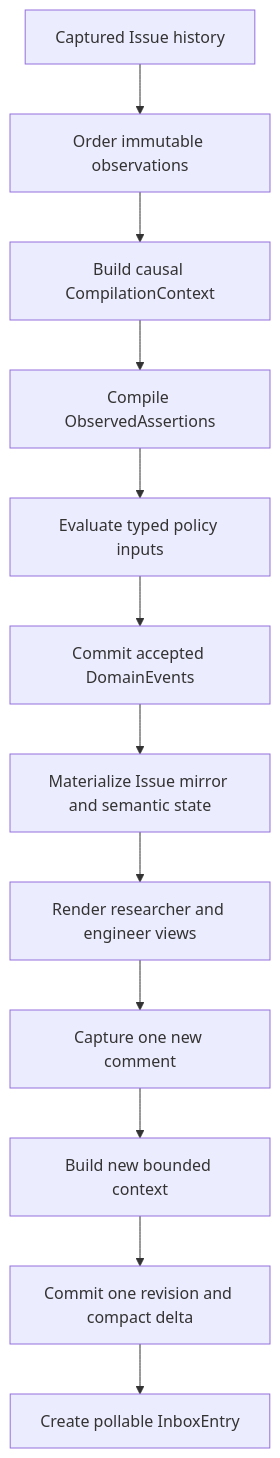
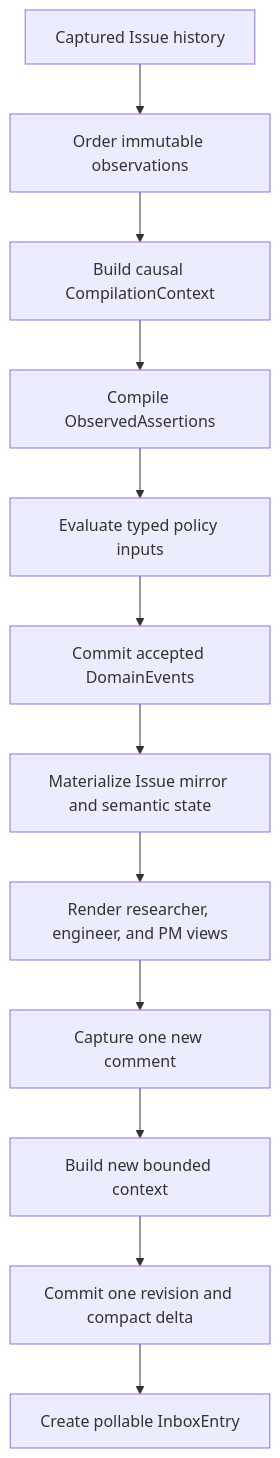
One commit to infagent/merl changed the diagram in docs/first-release.md. Above: the diagram before and after it, drawn with Mermaid. The commit also changed other lines of this file and 8 other files, not shown here.

````diff
--- a/docs/first-release.md
+++ b/docs/first-release.md
@@ -45,14 +45,14 @@
 ```mermaid
 flowchart TB
     H[Captured Issue history] --> O[Order immutable observations]
     O --> X[Build causal CompilationContext]
     X --> C[Compile ObservedAssertions]
     C --> P[Evaluate typed policy inputs]
     P --> S[Commit accepted DomainEvents]
     S --> V[Materialize Issue mirror and semantic state]
-    V --> R[Render researcher and engineer views]
+    V --> R[Render researcher, engineer, and PM views]
     R --> N[Capture one new comment]
     N --> X2[Build new bounded context]
     X2 --> D[Commit one revision and compact delta]
     D --> I[Create pollable InboxEntry]
 ```
````
